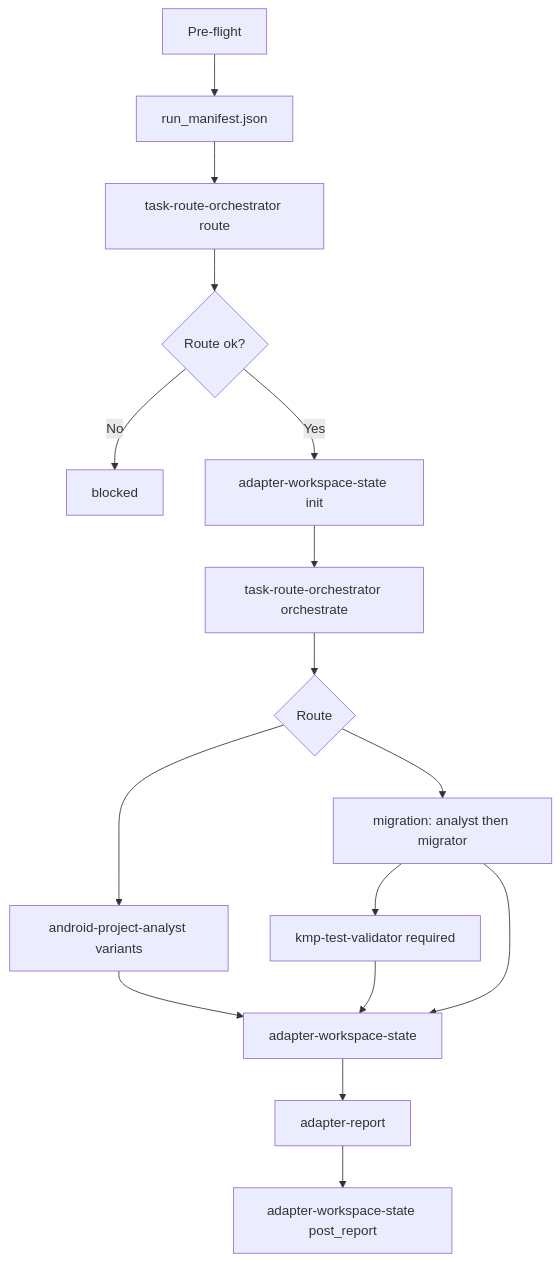
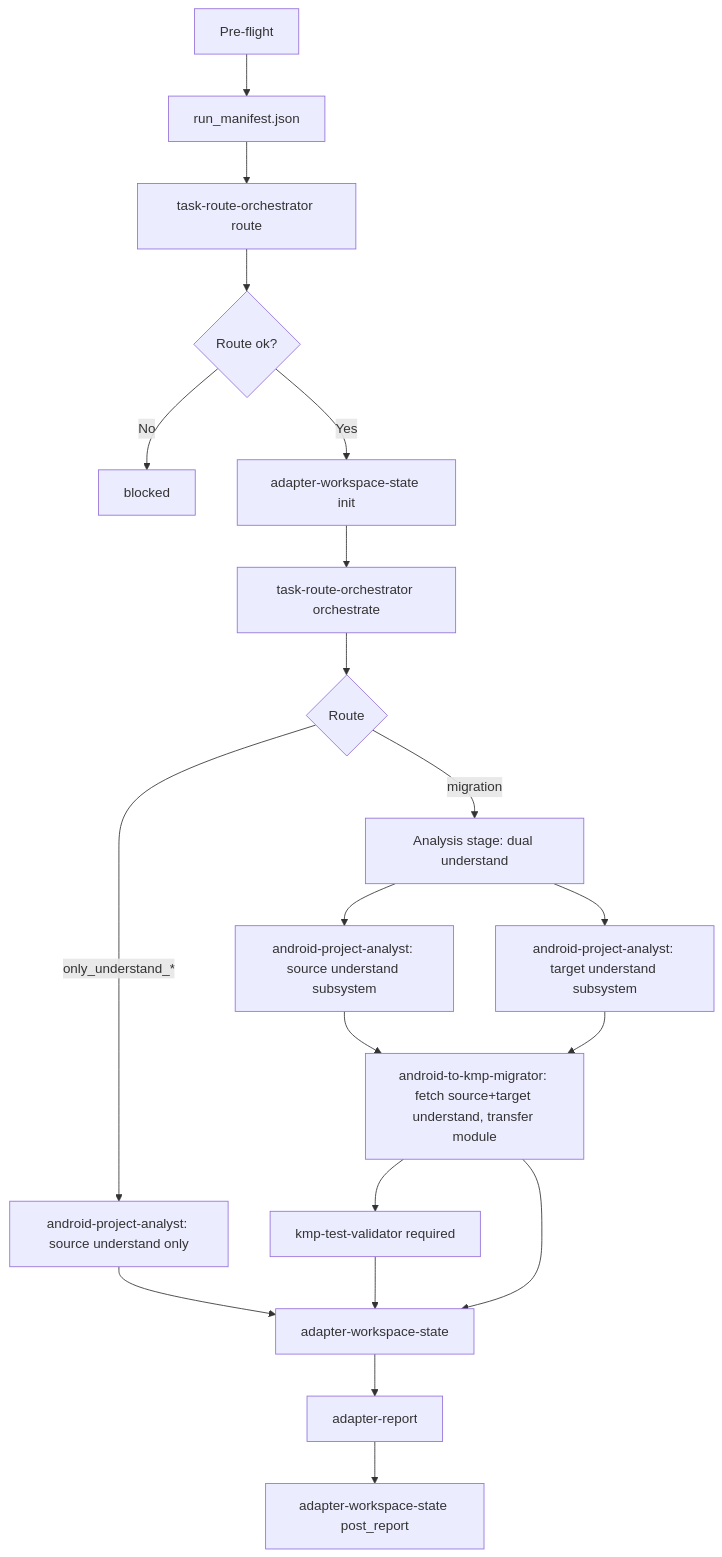
One commit to winson-AI/CodeAgent-exp changed the diagram in claude-code-plugins/kmp-migration/skills/coding-task-adapter/workflow.md. Above: the diagram before and after it, drawn with Mermaid. The commit also changed other lines of this file and 19 other files, not shown here.

````diff
--- a/claude-code-plugins/kmp-migration/skills/coding-task-adapter/workflow.md
+++ b/claude-code-plugins/kmp-migration/skills/coding-task-adapter/workflow.md
@@ -9,18 +9,22 @@
 ```mermaid
 graph TD
   L0[Pre-flight] --> ROOT[run_manifest.json]
   ROOT --> TRO_R[task-route-orchestrator route]
   TRO_R --> G0{Route ok?}
   G0 -- No --> STOP[blocked]
   G0 -- Yes --> WS0[adapter-workspace-state init]
   WS0 --> TRO_O[task-route-orchestrator orchestrate]
   TRO_O --> G1{Route}
-  G1 --> APA[android-project-analyst variants]
-  G1 --> MIG[migration: analyst then migrator]
+  G1 -- only_understand_* --> APA[android-project-analyst: source understand only]
+  G1 -- migration --> AST[Analysis stage: dual understand]
+  AST --> AS[android-project-analyst: source understand subsystem]
+  AST --> AT[android-project-analyst: target understand subsystem]
+  AS --> MIG[android-to-kmp-migrator: fetch source+target understand, transfer module]
+  AT --> MIG
   MIG --> KV[kmp-test-validator required]
   APA --> WS1[adapter-workspace-state]
   KV --> WS1
   MIG --> WS1
   WS1 --> AR[adapter-report]
   AR --> WS2[adapter-workspace-state post_report]
 ```
````
